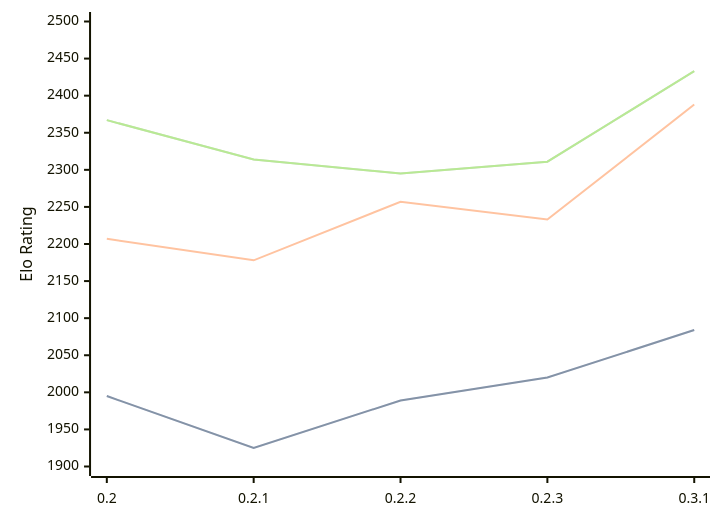
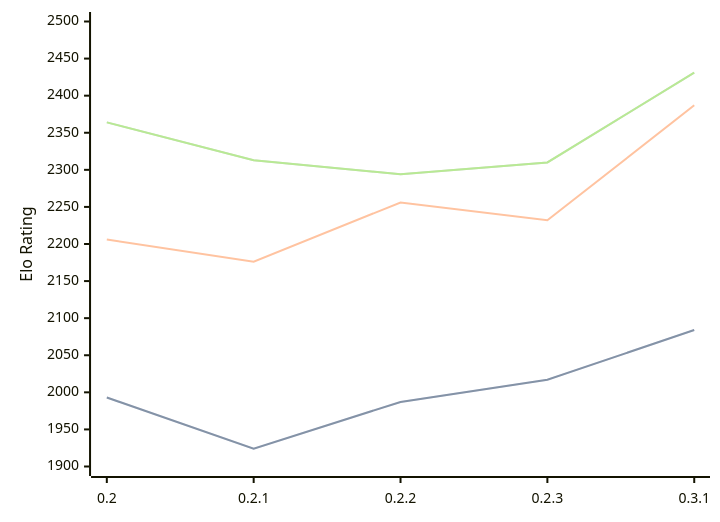
Before and after one commit to computer-chess-index/cci: the diagram in engines/Lolbot.md, drawn with Mermaid. The commit also changed other lines of this file, not shown here.

Commit message:
Update CCI Ratings (ELO VLTC) - 2026-06-07

````diff
--- a/engines/Lolbot.md
+++ b/engines/Lolbot.md
@@ -36,11 +36,11 @@
 ```mermaid
 %%{init: {"theme":"base","themeVariables":{"seriesColors:['#a3a3a3','#222221','#faa371']}}}%%
 xychart-beta
   x-axis ["0.2", "0.2.1", "0.2.2", "0.2.3", "0.3.1"]
   y-axis "Elo Rating" 1900 --> 2500
-  line "STC (8.0+0.08s)" [1995, 1925, 1989, 2020, 2084]
-  line "STC (8.0+0.08s)" [1995, 1925, 1989, 2020, 2084]
-  line "LTC (60.0+0.60s)" [2207, 2178, 2257, 2233, 2388]
-  line "VLTC (2m24s+1.12s)" [2367, 2314, 2295, 2311, 2433]
-  line "VLTC (2m24s+1.12s)" [2367, 2314, 2295, 2311, 2433]
+  line "STC (8.0+0.08s)" [1993, 1924, 1987, 2017, 2084]
+  line "STC (8.0+0.08s)" [1993, 1924, 1987, 2017, 2084]
+  line "LTC (60.0+0.60s)" [2206, 2176, 2256, 2232, 2387]
+  line "VLTC (2m24s+1.12s)" [2364, 2313, 2294, 2310, 2431]
+  line "VLTC (2m24s+1.12s)" [2364, 2313, 2294, 2310, 2431]
 ```
````
